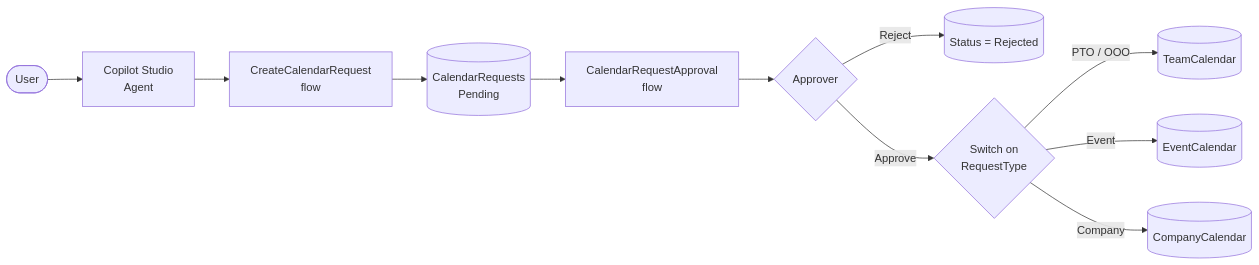
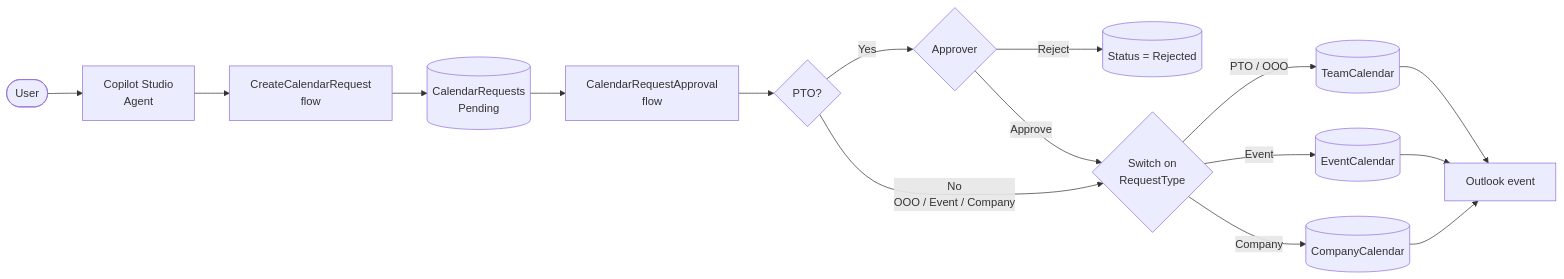
The diagram in README.md (spetren/calendar-request-approval-lab), drawn with Mermaid before and after one commit. The commit also changed other lines of this file and 3 other files, not shown here.

Commit message:
Reflect actual behavior: only PTO needs approval; dual write to SharePoint + Outlook

````diff
--- a/README.md
+++ b/README.md
@@ -13,13 +13,18 @@
 ```mermaid
 flowchart LR
     U([User]) --> A[Copilot Studio<br/>Agent]
     A --> F1[CreateCalendarRequest<br/>flow]
     F1 --> L[(CalendarRequests<br/>Pending)]
     L --> F2[CalendarRequestApproval<br/>flow]
-    F2 --> AP{Approver}
+    F2 --> NA{PTO?}
+    NA -- Yes --> AP{Approver}
     AP -- Reject --> R[(Status = Rejected)]
     AP -- Approve --> SW{Switch on<br/>RequestType}
+    NA -- No<br/>OOO / Event / Company --> SW
     SW -- PTO / OOO --> T[(TeamCalendar)]
     SW -- Event --> E[(EventCalendar)]
     SW -- Company --> C[(CompanyCalendar)]
+    T --> OL[Outlook event]
+    E --> OL
+    C --> OL
 ```
````
